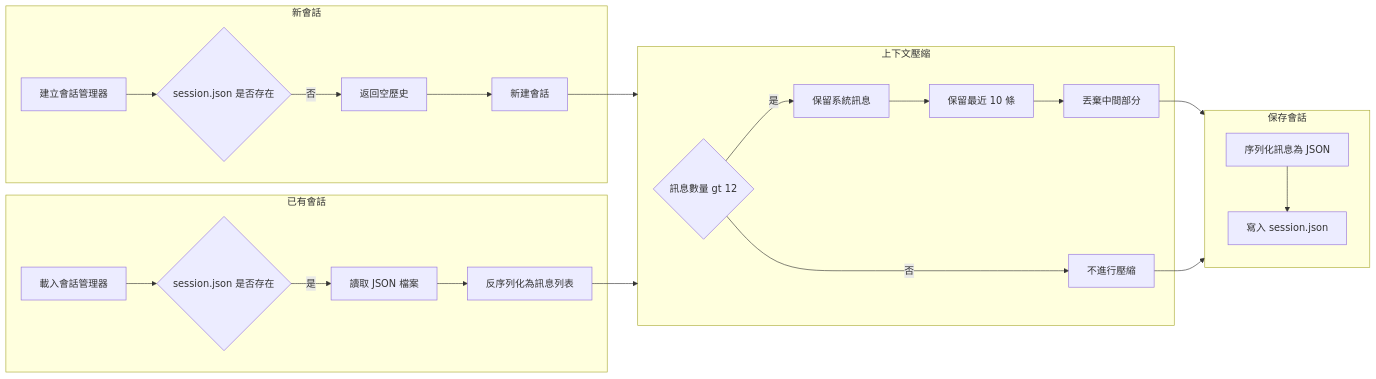
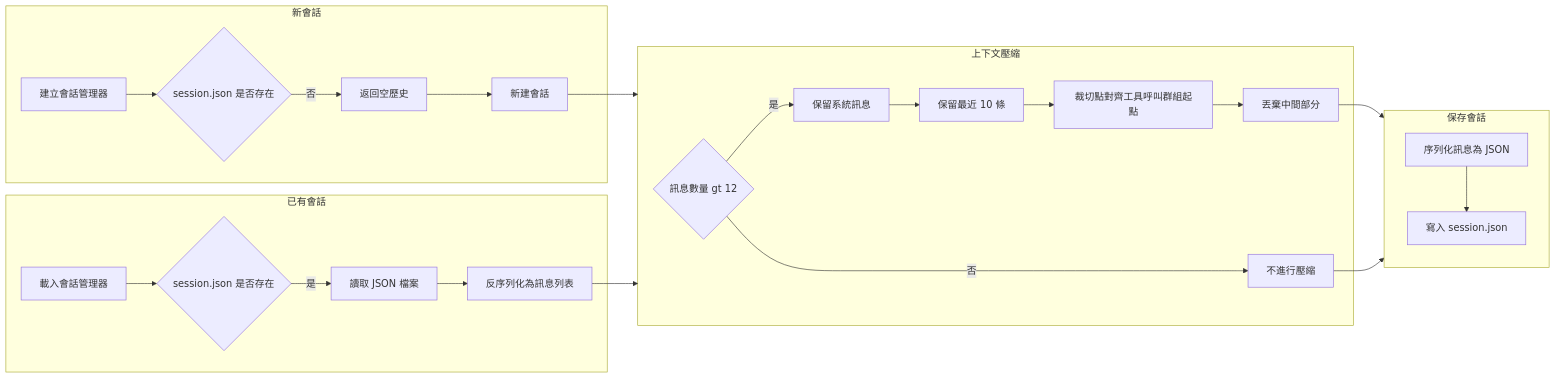
Before and after one commit to chiisen/mini_bot.go: the fourth of 5 diagrams in README.md, drawn with Mermaid. The commit also changed other lines of this file and 4 other files, not shown here.

````diff
--- a/README.md
+++ b/README.md
@@ -307,31 +315,32 @@
 ```mermaid
 flowchart LR
     subgraph New["新會話"]
         N1["建立會話管理器"] --> N2{"session.json 是否存在"}
         N2 -->|"否"| N3["返回空歷史"]
         N3 --> N4["新建會話"]
     end
 
     subgraph Exist["已有會話"]
         E1["載入會話管理器"] --> E2{"session.json 是否存在"}
         E2 -->|"是"| E3["讀取 JSON 檔案"]
         E3 --> E4["反序列化為訊息列表"]
     end
 
     subgraph Compress["上下文壓縮"]
         C1{"訊息數量 gt 12"}
         C1 -->|"是"| C2["保留系統訊息"]
         C2 --> C3["保留最近 10 條"]
-        C3 --> C4["丟棄中間部分"]
+        C3 --> C3b["裁切點對齊工具呼叫群組起點"]
+        C3b --> C4["丟棄中間部分"]
         C1 -->|"否"| C5["不進行壓縮"]
     end
 
     subgraph Save["保存會話"]
         S1["序列化訊息為 JSON"] --> S2["寫入 session.json"]
     end
 
     N4 --> Compress
     E4 --> Compress
     C4 --> Save
     C5 --> Save
 ```
````
